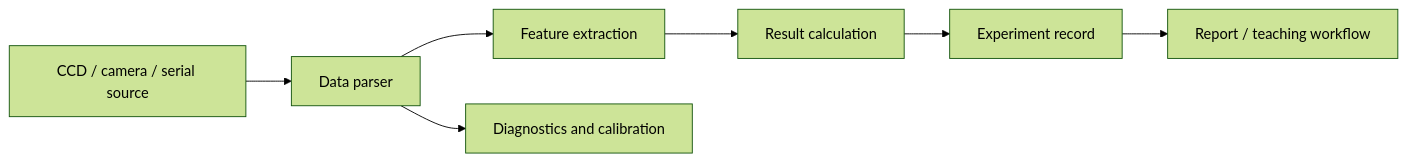
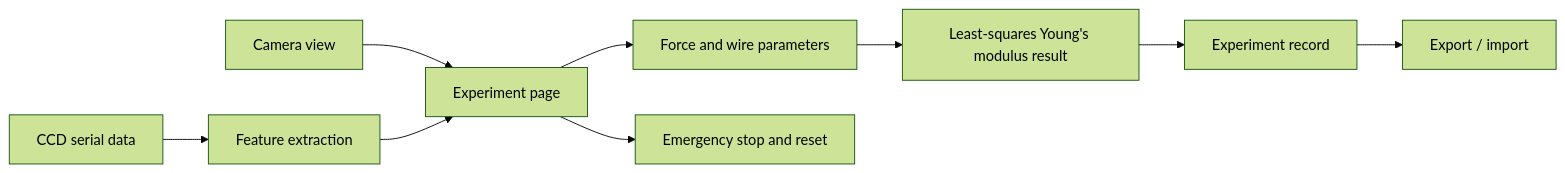
Before and after one commit to TianBingzhuo/youngs-modulus-instrument-system: the diagram in docs/software-architecture.md, drawn with Mermaid (forest theme). The commit also changed other lines of this file and 8 other files, not shown here.

````diff
--- a/docs/software-architecture.md
+++ b/docs/software-architecture.md
@@ -3,9 +5,11 @@
 ```mermaid
 flowchart LR
-  A["CCD / camera / serial source"] --> B["Data parser"]
-  B --> C["Feature extraction"]
-  C --> D["Result calculation"]
-  D --> E["Experiment record"]
-  E --> F["Report / teaching workflow"]
-  B --> G["Diagnostics and calibration"]
+  A["Camera view"] --> D["Experiment page"]
+  B["CCD serial data"] --> C["Feature extraction"]
+  C --> D
+  D --> E["Force and wire parameters"]
+  E --> F["Least-squares Young's modulus result"]
+  F --> G["Experiment record"]
+  G --> H["Export / import"]
+  D --> I["Emergency stop and reset"]
 ```
````
